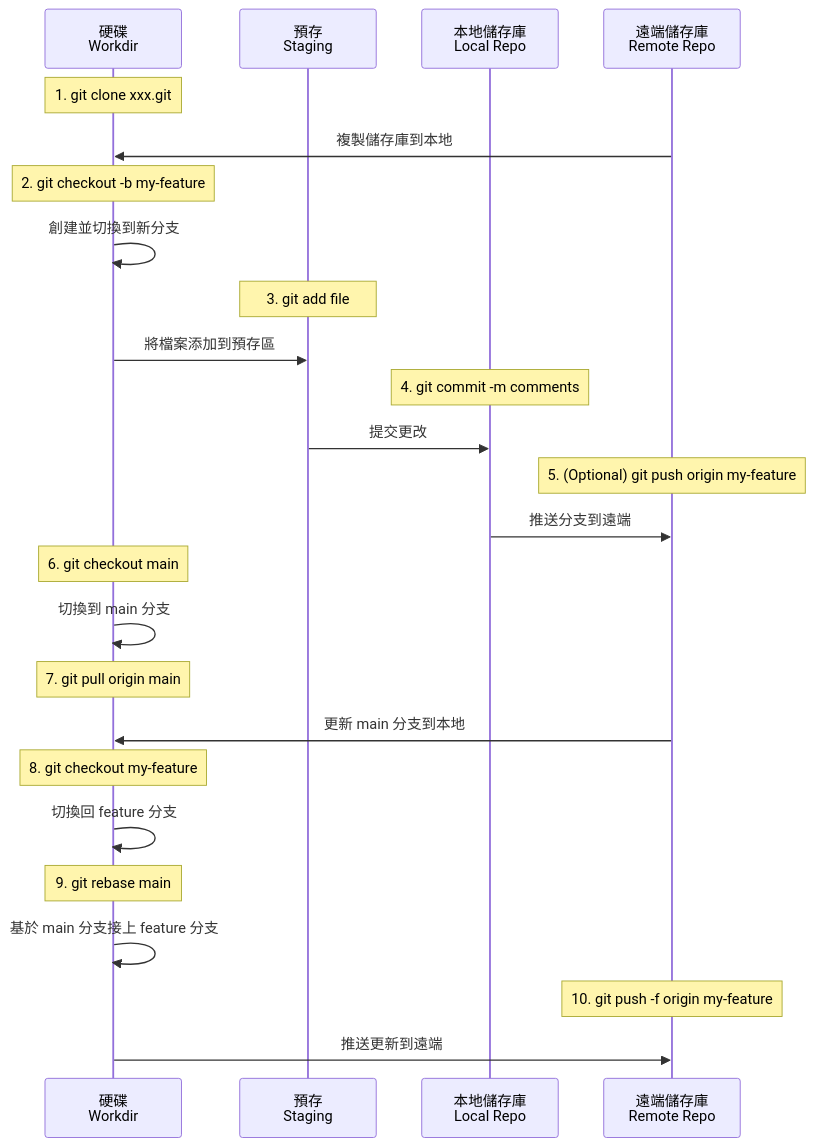
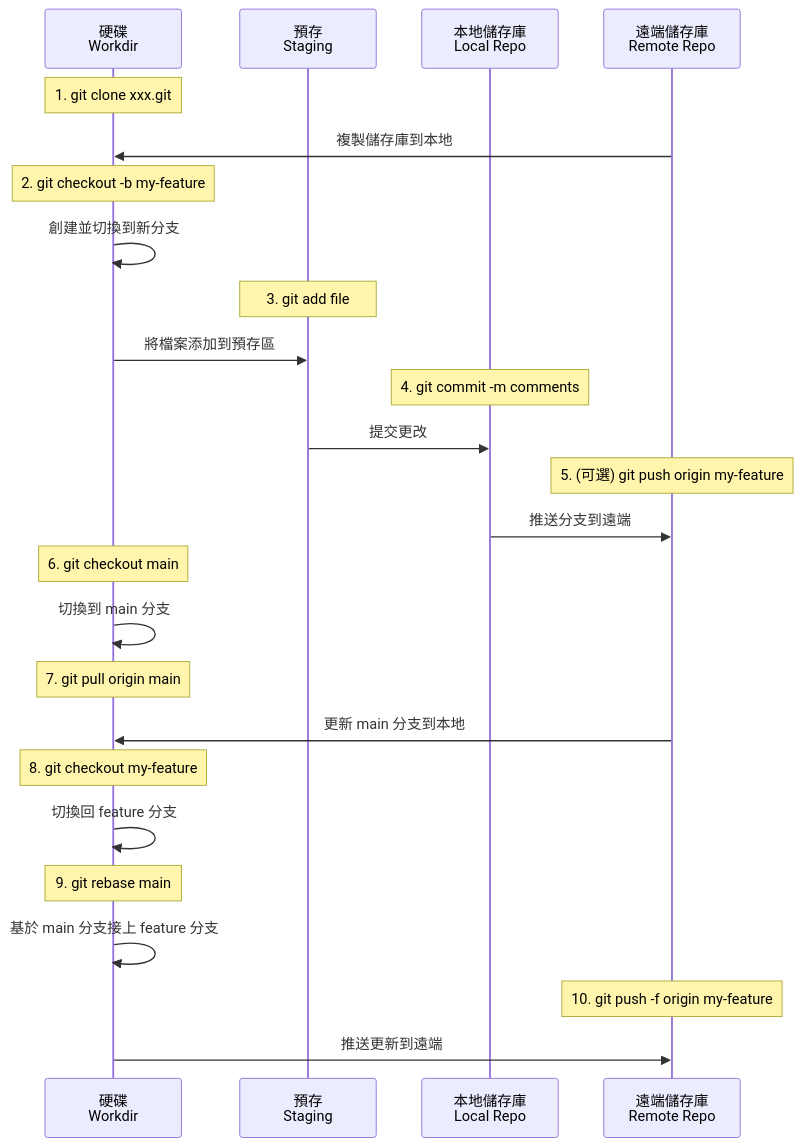
One commit to ZhenShuo2021/ZhenShuo2021.github.io changed the second of 2 diagrams in content/notes/git/git-intro.md. Above: the diagram before and after it, drawn with Mermaid. The commit also changed other lines of this file and 2 other files, not shown here.

```diff
--- a/content/notes/git/git-intro.md
+++ b/content/notes/git/git-intro.md
@@ -178,39 +205,39 @@
 {{< mermaid >}}
 sequenceDiagram
     participant WD as 硬碟<br>Workdir
     participant ST as 預存<br>Staging
     participant CO as 本地儲存庫<br>Local Repo
     participant RM as 遠端儲存庫<br>Remote Repo
 
     Note over WD: 1. git clone xxx.git
     RM->>WD: 複製儲存庫到本地
 
     Note over WD: 2. git checkout -b my-feature
     WD->>WD: 創建並切換到新分支
 
     Note over ST: 3. git add file
     WD->>ST: 將檔案添加到預存區
 
     Note over CO: 4. git commit -m comments
     ST->>CO: 提交更改
 
-    Note over RM: 5. (Optional) git push origin my-feature
+    Note over RM: 5. (可選) git push origin my-feature
     CO->>RM: 推送分支到遠端
 
     Note over WD: 6. git checkout main
     WD->>WD: 切換到 main 分支
 
     Note over WD: 7. git pull origin main
     RM->>WD: 更新 main 分支到本地
 
     Note over WD: 8. git checkout my-feature
     WD->>WD: 切換回 feature 分支
 
     Note over WD: 9. git rebase main
     WD->>WD: 基於 main 分支接上 feature 分支
 
     Note over RM: 10. git push -f origin my-feature
     WD->>RM: 推送更新到遠端
 
 
 {{< /mermaid >}}
```
